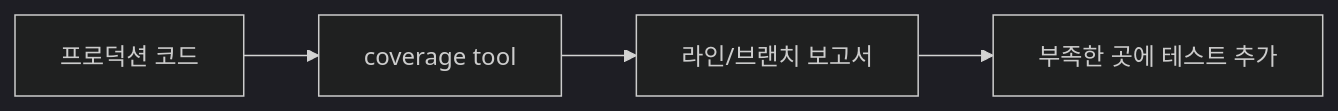
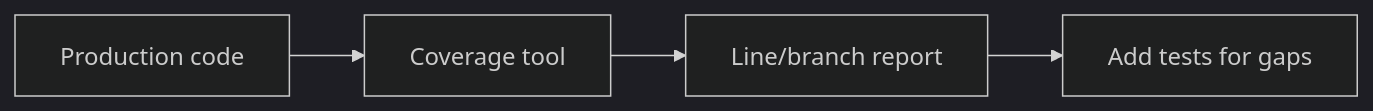
Before and after one commit to yeongseon-books/book-content: the diagram in content/testing-101/ko/07-test-coverage.md, drawn with Mermaid (dark theme). The commit also changed other lines of this file and 9 other files, not shown here.

````diff
--- a/content/testing-101/ko/07-test-coverage.md
+++ b/content/testing-101/ko/07-test-coverage.md
@@ -35,6 +51,6 @@
 ```mermaid
 flowchart LR
-    Code["프로덕션 코드"] --> Cov["coverage tool"]
-    Cov --> Report["라인/브랜치 보고서"]
-    Report --> Action["부족한 곳에 테스트 추가"]
+    Code["Production code"] --> Cov["Coverage tool"]
+    Cov --> Report["Line/branch report"]
+    Report --> Action["Add tests for gaps"]
 ```
````
